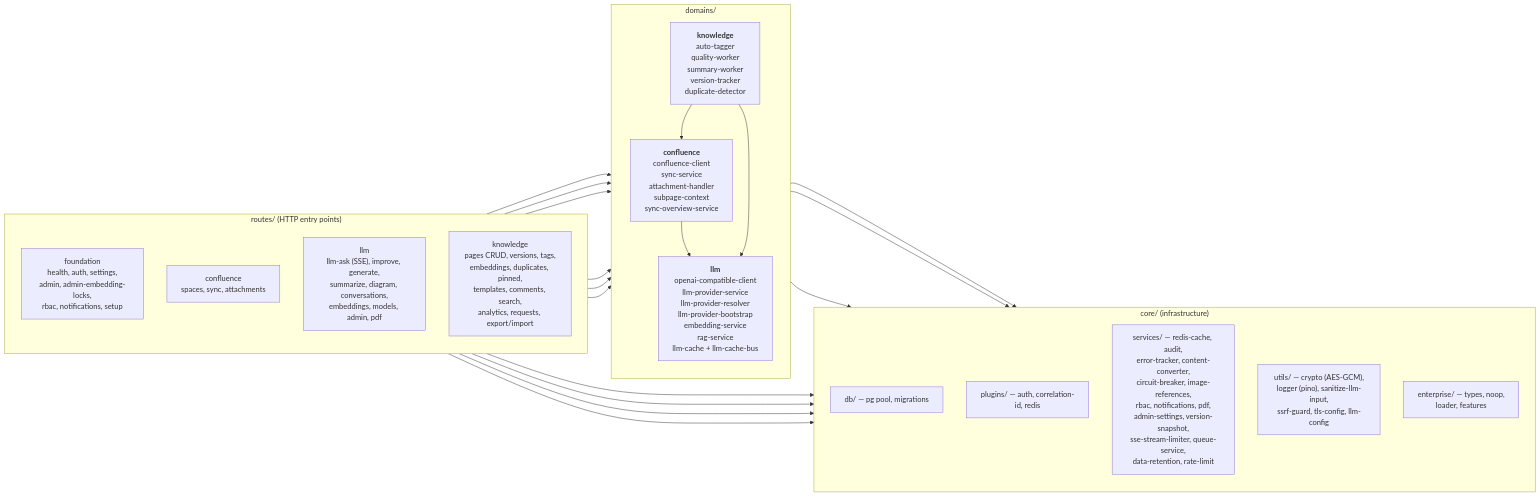
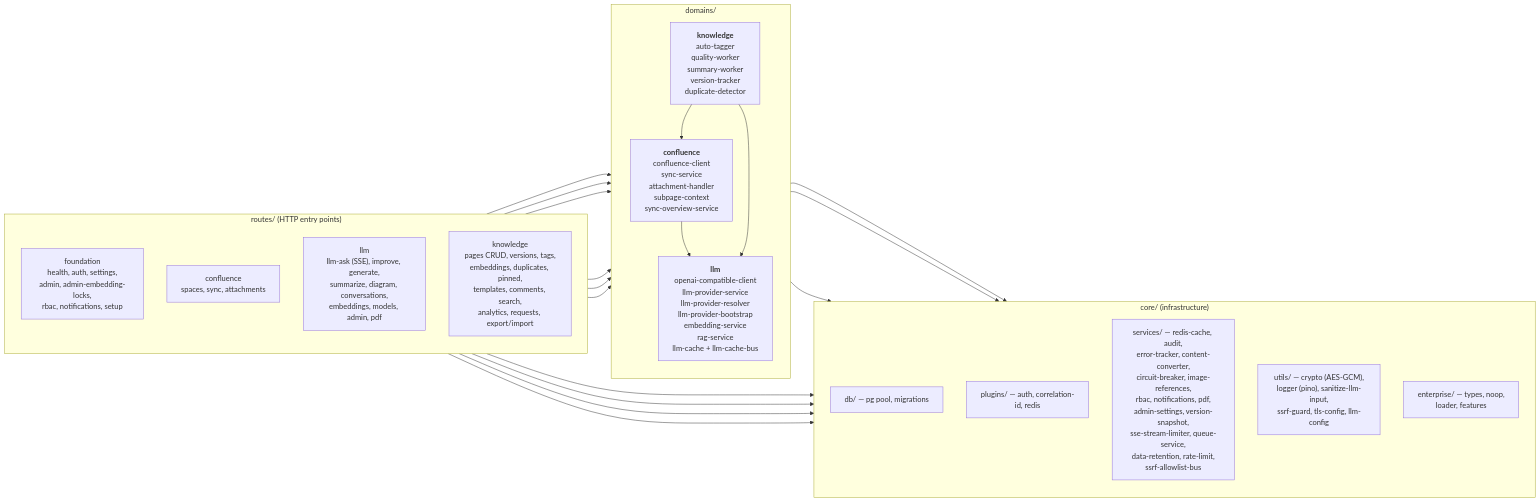
One commit to Compendiq/compendiq-ce changed the first of 2 diagrams in docs/architecture/03-backend-domains.md. Above: the diagram before and after it, drawn with Mermaid. The commit also changed 9 other files, not shown here.

First line of the commit message:
fix(#306): wire bootstrapSsrfAllowlist + Redis pub/sub for multi-pod coherency

````diff
--- a/docs/architecture/03-backend-domains.md
+++ b/docs/architecture/03-backend-domains.md
@@ -9,44 +9,44 @@
 ```mermaid
 flowchart LR
     subgraph routes["routes/ (HTTP entry points)"]
         direction TB
         rF["foundation<br/>health, auth, settings,<br/>admin, admin-embedding-locks,<br/>rbac, notifications, setup"]
         rC["confluence<br/>spaces, sync, attachments"]
         rL["llm<br/>llm-ask (SSE), improve, generate,<br/>summarize, diagram, conversations,<br/>embeddings, models, admin, pdf"]
         rK["knowledge<br/>pages CRUD, versions, tags,<br/>embeddings, duplicates, pinned,<br/>templates, comments, search,<br/>analytics, requests, export/import"]
     end
 
     subgraph domains["domains/"]
         direction TB
         dC["<b>confluence</b><br/>confluence-client<br/>sync-service<br/>attachment-handler<br/>subpage-context<br/>sync-overview-service"]
         dL["<b>llm</b><br/>openai-compatible-client<br/>llm-provider-service<br/>llm-provider-resolver<br/>llm-provider-bootstrap<br/>embedding-service<br/>rag-service<br/>llm-cache + llm-cache-bus"]
         dK["<b>knowledge</b><br/>auto-tagger<br/>quality-worker<br/>summary-worker<br/>version-tracker<br/>duplicate-detector"]
     end
 
     subgraph core["core/ (infrastructure)"]
         direction TB
         cDB["db/ — pg pool, migrations"]
         cPlug["plugins/ — auth, correlation-id, redis"]
-        cSvc["services/ — redis-cache, audit,<br/>error-tracker, content-converter,<br/>circuit-breaker, image-references,<br/>rbac, notifications, pdf,<br/>admin-settings, version-snapshot,<br/>sse-stream-limiter, queue-service,<br/>data-retention, rate-limit"]
+        cSvc["services/ — redis-cache, audit,<br/>error-tracker, content-converter,<br/>circuit-breaker, image-references,<br/>rbac, notifications, pdf,<br/>admin-settings, version-snapshot,<br/>sse-stream-limiter, queue-service,<br/>data-retention, rate-limit,<br/>ssrf-allowlist-bus"]
         cUtil["utils/ — crypto (AES-GCM),<br/>logger (pino), sanitize-llm-input,<br/>ssrf-guard, tls-config, llm-config"]
         cEnt["enterprise/ — types, noop,<br/>loader, features"]
     end
 
     rF --> core
     rC --> core
     rC --> dC
     rL --> core
     rL --> dL
     rL --> dC
     rK --> core
     rK --> dK
     rK --> dL
     rK --> dC
 
     dC --> core
     dC --> dL
     dL --> core
     dK --> core
     dK --> dL
     dK --> dC
 ```
````
